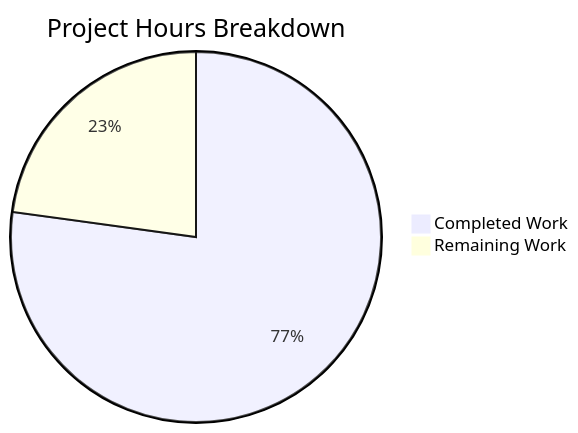
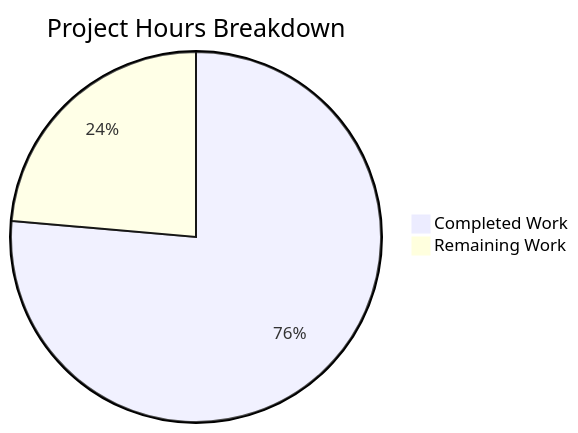
The second of 3 diagrams in blitzy/documentation/Project Guide.md (Blitzy-Sandbox/blitzy-SplendidCRM), drawn with Mermaid before and after one commit. The commit also changed other lines of this file, not shown here.

Commit message:
Adding Blitzy Project Guide: Project Status and Human Tasks Remaining

````diff
--- a/blitzy/documentation/Project Guide.md
+++ b/blitzy/documentation/Project Guide.md
@@ -220,5 +239,5 @@
 ```mermaid
 pie title Project Hours Breakdown
     "Completed Work" : 152
-    "Remaining Work" : 45
+    "Remaining Work" : 47
 ```
````
